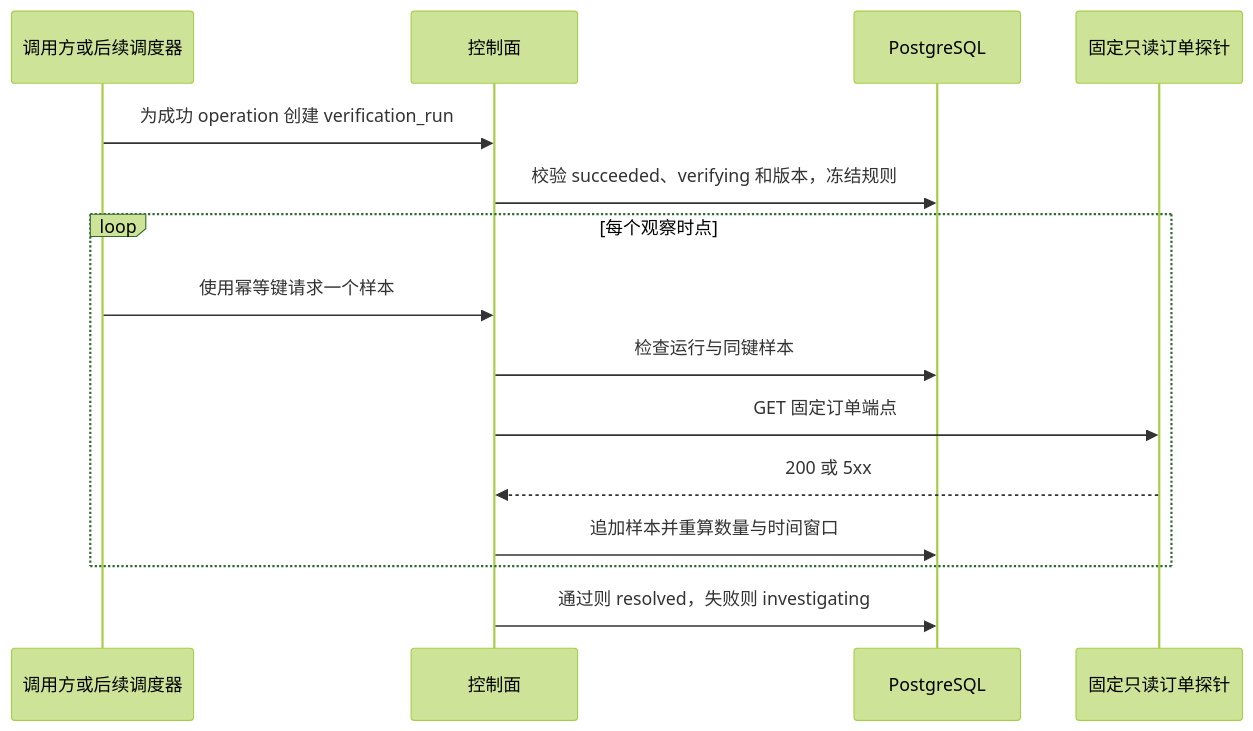
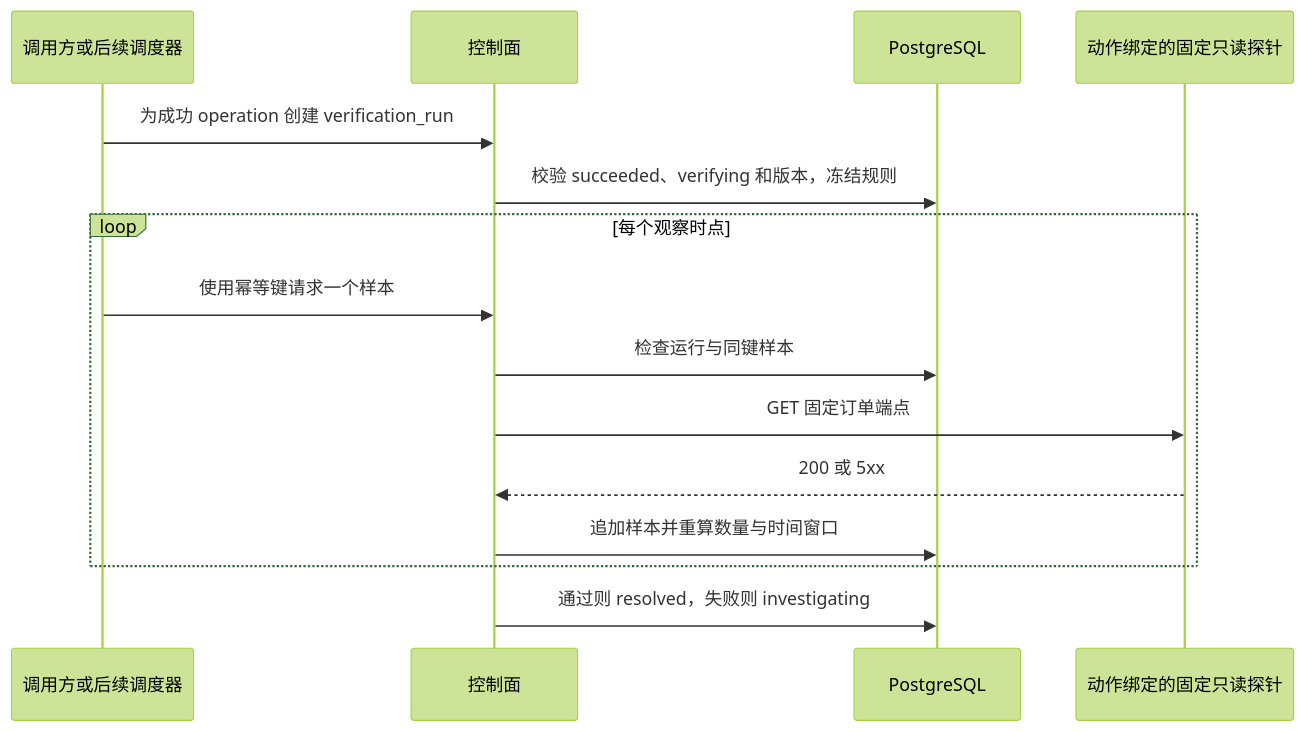
Before and after one commit to kill-t/ops-swarm: the diagram in docs/architecture/17-persistent-recovery-verification.md, drawn with Mermaid (forest theme). The commit also changed other lines of this file and 30 other files, not shown here.

````diff
--- a/docs/architecture/17-persistent-recovery-verification.md
+++ b/docs/architecture/17-persistent-recovery-verification.md
@@ -13,18 +13,18 @@
 ```mermaid
 sequenceDiagram
     participant Caller as 调用方或后续调度器
     participant API as 控制面
     participant DB as PostgreSQL
-    participant Probe as 固定只读订单探针
+    participant Probe as 动作绑定的固定只读探针
 
     Caller->>API: 为成功 operation 创建 verification_run
     API->>DB: 校验 succeeded、verifying 和版本，冻结规则
     loop 每个观察时点
         Caller->>API: 使用幂等键请求一个样本
         API->>DB: 检查运行与同键样本
         API->>Probe: GET 固定订单端点
         Probe-->>API: 200 或 5xx
         API->>DB: 追加样本并重算数量与时间窗口
     end
     API->>DB: 通过则 resolved，失败则 investigating
 ```
````
